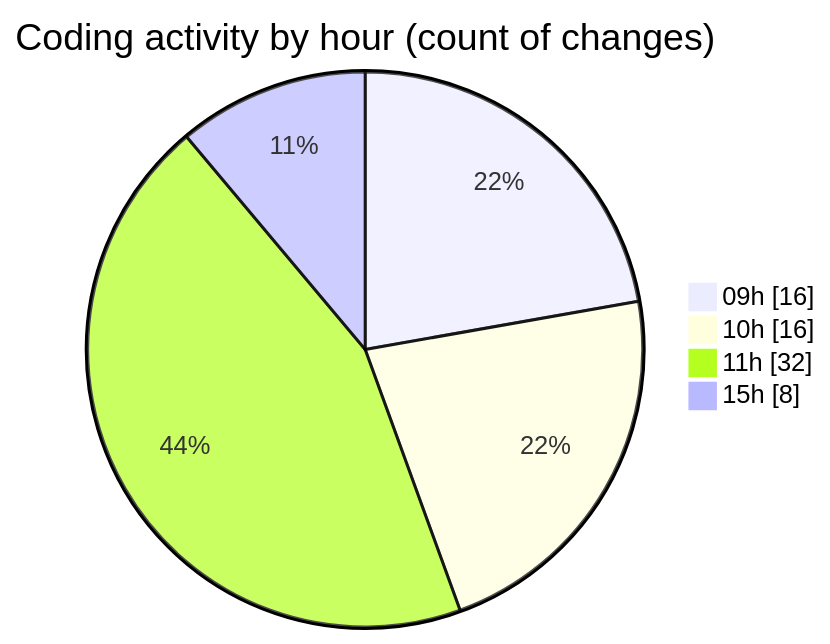
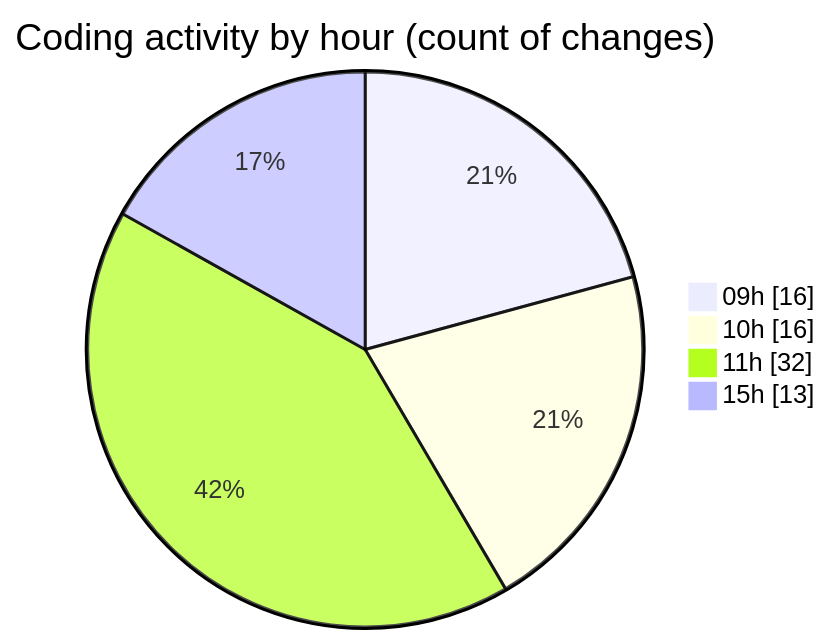
One commit to momahboobian/code-tracking changed the second of 2 diagrams in 2025-07-04/cda/README.md. Above: the diagram before and after it, drawn with Mermaid. The commit also changed other lines of this file and 1 other file, not shown here.

````diff
--- a/2025-07-04/cda/README.md
+++ b/2025-07-04/cda/README.md
@@ -45,8 +46,8 @@
 ```mermaid
 pie showData
 title Coding activity by hour (count of changes)
 "09h" : 16
 "10h" : 16
 "11h" : 32
-"15h" : 8
+"15h" : 13
 ```
````
